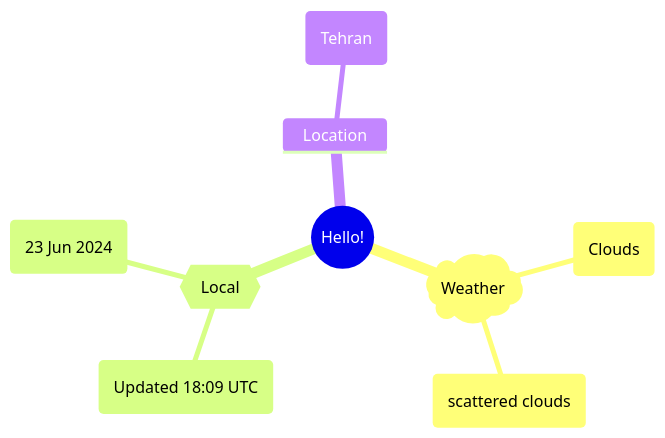
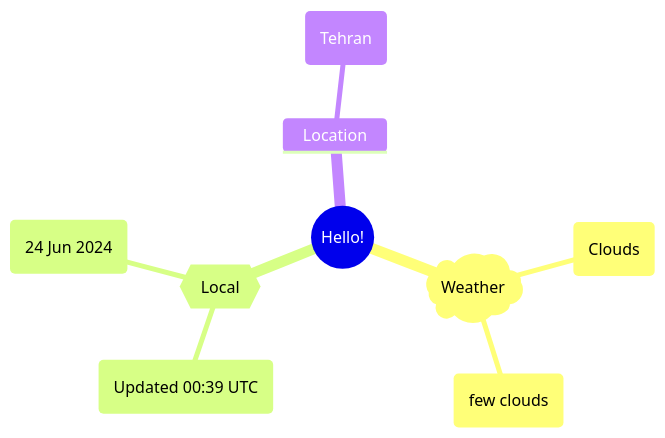
Before and after one commit to Xosrov/Xosrov: the first of 2 diagrams in README.md, drawn with Mermaid.

Commit message:
[bot] updated images

````diff
--- a/README.md
+++ b/README.md
@@ -3,12 +3,12 @@
 ```mermaid
 mindmap
   root((Hello!))
     )Weather(
         (Clouds)
-        (scattered clouds)
+        (few clouds)
     {{Local}}
-        (Updated 18:09 UTC)
-        (23 Jun 2024)
+        (Updated 00:39 UTC)
+        (24 Jun 2024)
     Location
         (Tehran)
 ```
````
